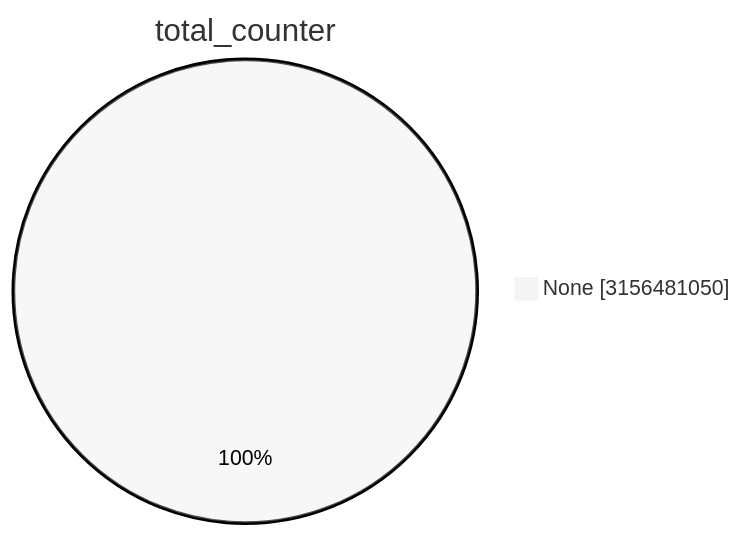
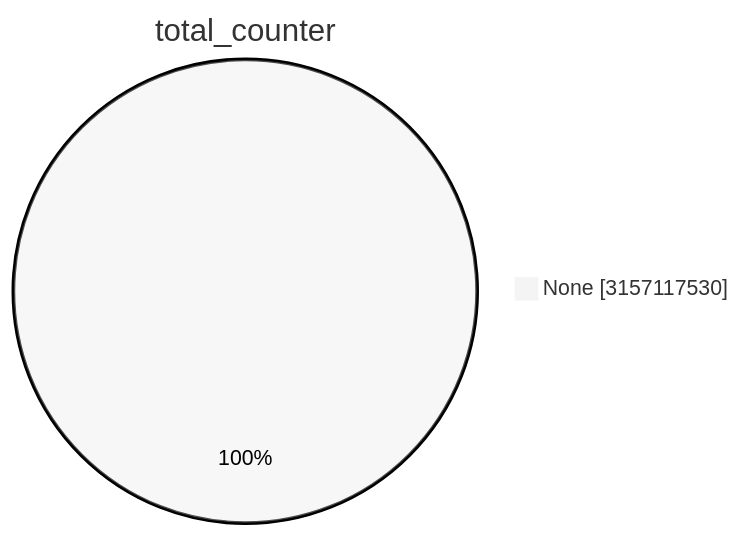
One commit to christiankrug/ctmonitor_visualization changed the first of 15 diagrams in TOTAL/README.md. Above: the diagram before and after it, drawn with Mermaid (neutral theme). The commit also changed other lines of this file, not shown here.

````diff
--- a/TOTAL/README.md
+++ b/TOTAL/README.md
@@ -1,5 +1,5 @@
 ```mermaid
 pie showData
 title total_counter
-"None" :3156481050
+"None" :3157117530
 ```
````
